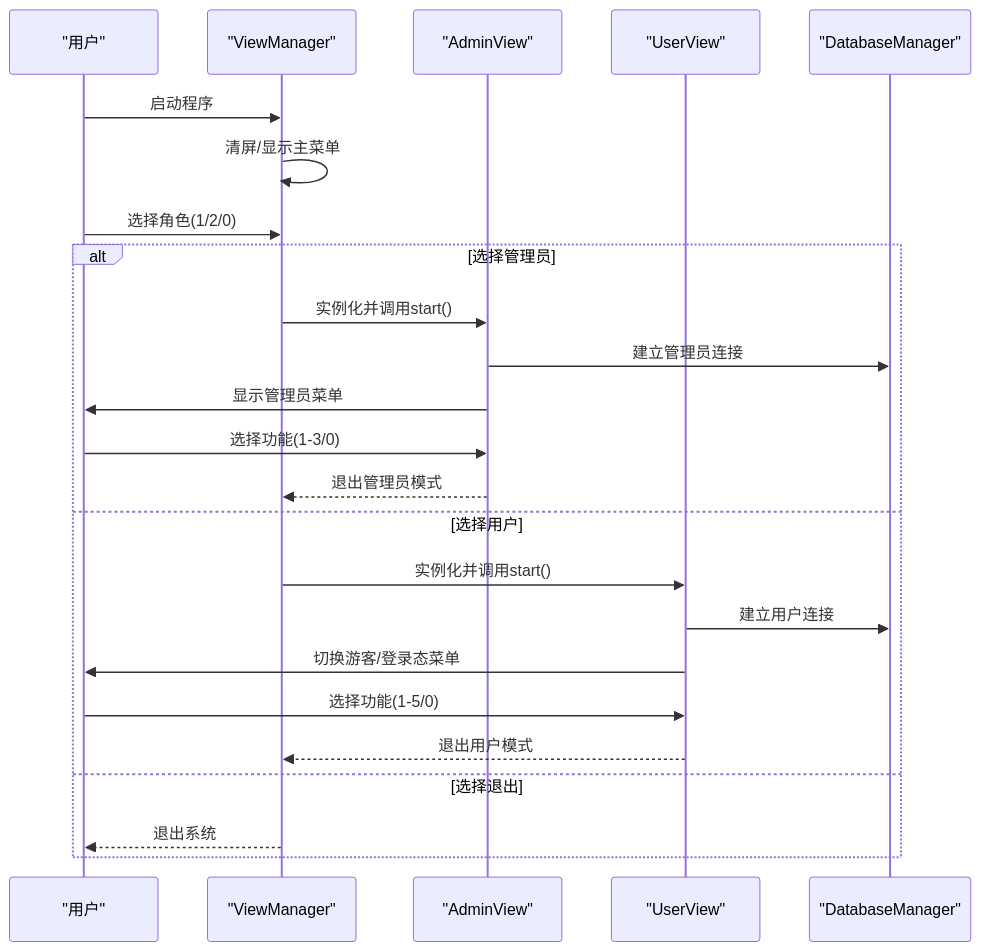
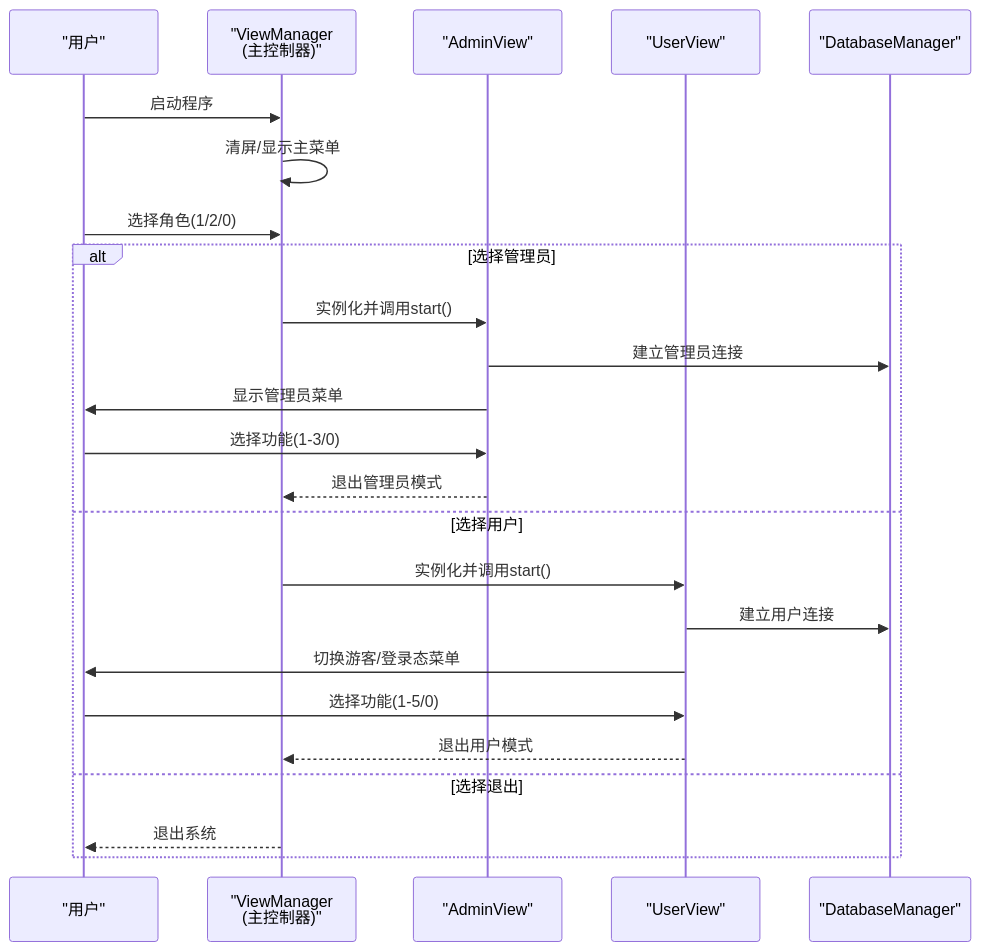
The second of 7 diagrams in .qoder/repowiki/zh/content/系统架构设计/视图管理层设计.md (jinpeng900/OJ-Test), drawn with Mermaid before and after one commit. The commit also changed other lines of this file and 44 other files, not shown here.

````diff
--- a/.qoder/repowiki/zh/content/系统架构设计/视图管理层设计.md
+++ b/.qoder/repowiki/zh/content/系统架构设计/视图管理层设计.md
@@ -106,26 +106,26 @@
 ```mermaid
 sequenceDiagram
 participant U as "用户"
-participant M as "ViewManager"
+participant M as "ViewManager<br/>(主控制器)"
 participant A as "AdminView"
 participant Uv as "UserView"
 participant D as "DatabaseManager"
 U->>M : 启动程序
 M->>M : 清屏/显示主菜单
 U->>M : 选择角色(1/2/0)
 alt 选择管理员
 M->>A : 实例化并调用start()
 A->>D : 建立管理员连接
 A->>U : 显示管理员菜单
 U->>A : 选择功能(1-3/0)
 A-->>M : 退出管理员模式
 else 选择用户
 M->>Uv : 实例化并调用start()
 Uv->>D : 建立用户连接
 Uv->>U : 切换游客/登录态菜单
 U->>Uv : 选择功能(1-5/0)
 Uv-->>M : 退出用户模式
 else 选择退出
 M-->>U : 退出系统
 end
 ```
````
